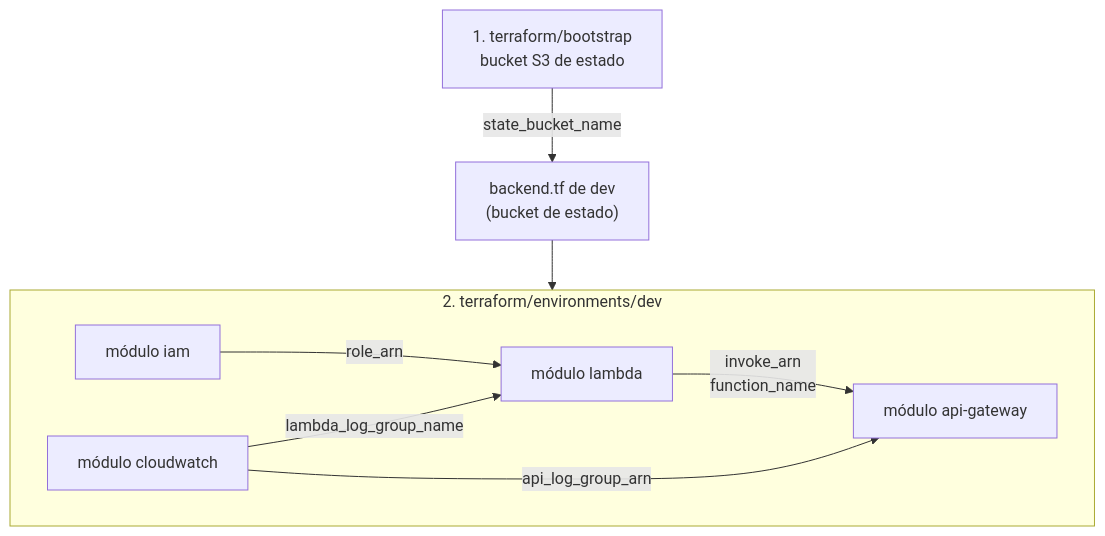
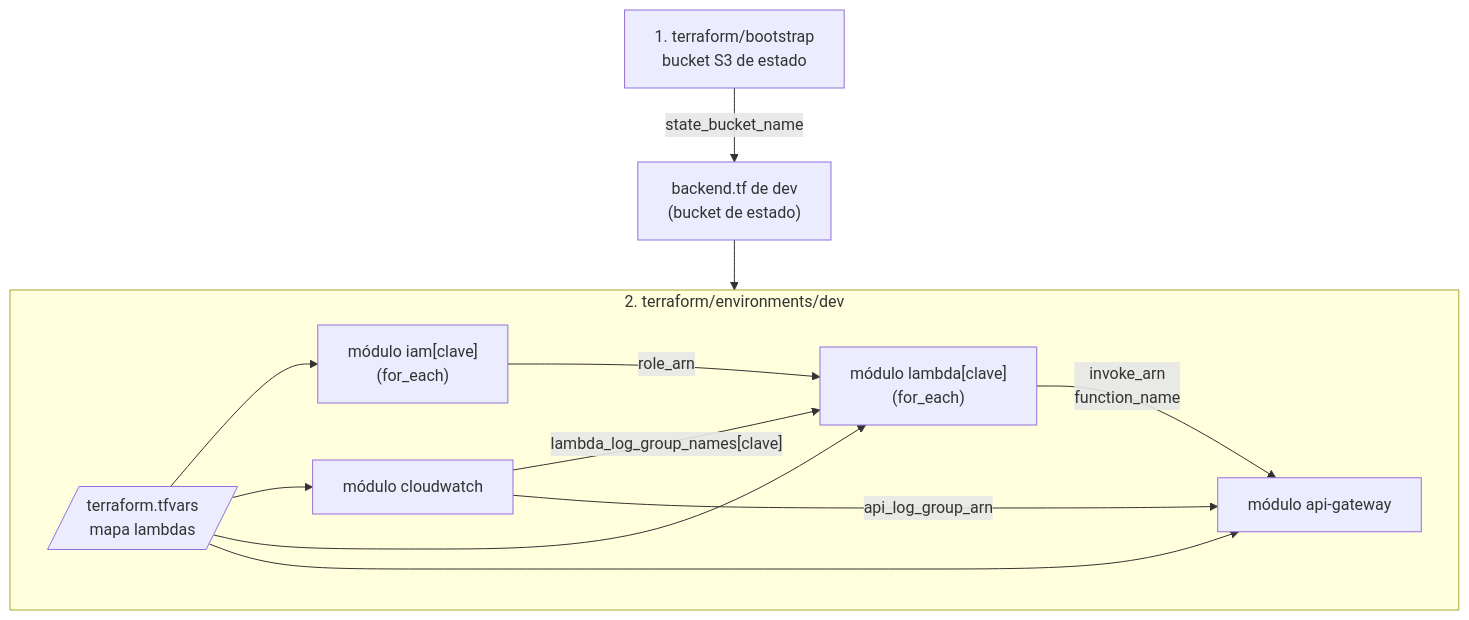
The second of 2 diagrams in terraform/README.md (adrianjsosag/Lambda-Tests), drawn with Mermaid before and after one commit. The commit also changed other lines of this file and 20 other files, not shown here.

````diff
--- a/terraform/README.md
+++ b/terraform/README.md
@@ -104,19 +153,21 @@
 ```mermaid
 flowchart TD
     boot["1. terraform/bootstrap<br/>bucket S3 de estado"]
     backend["backend.tf de dev<br/>(bucket de estado)"]
 
     subgraph dev["2. terraform/environments/dev"]
-        iam["módulo iam"]
+        tfvars[/"terraform.tfvars<br/>mapa lambdas"/]
+        iam["módulo iam[clave]<br/>(for_each)"]
         cw["módulo cloudwatch"]
-        lambda["módulo lambda"]
+        lambda["módulo lambda[clave]<br/>(for_each)"]
         api["módulo api-gateway"]
     end
 
     boot -- state_bucket_name --> backend
     backend --> dev
+    tfvars --> iam & cw & lambda & api
     iam -- role_arn --> lambda
-    cw -- lambda_log_group_name --> lambda
+    cw -- "lambda_log_group_names[clave]" --> lambda
     cw -- api_log_group_arn --> api
     lambda -- "invoke_arn<br/>function_name" --> api
 ```
````
